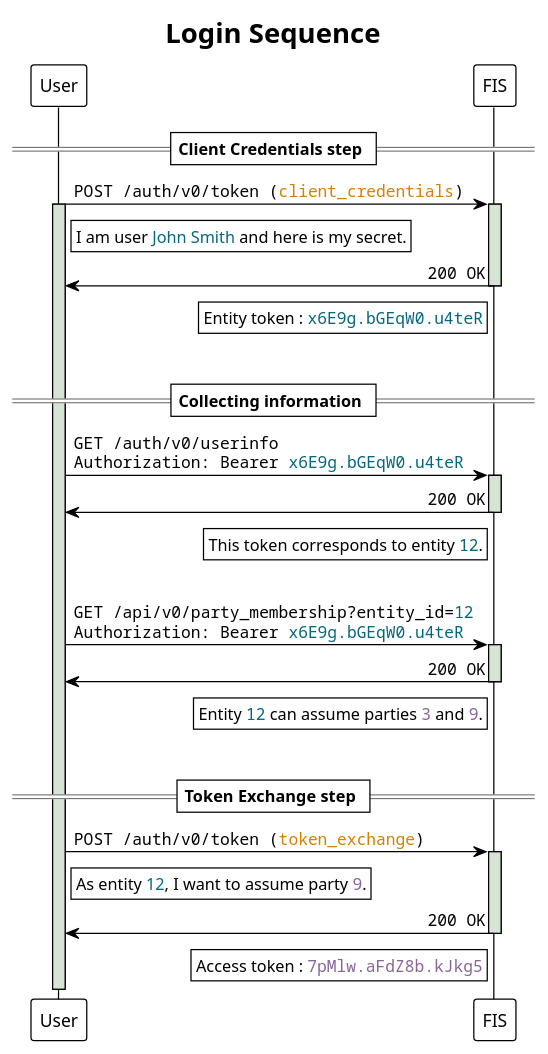
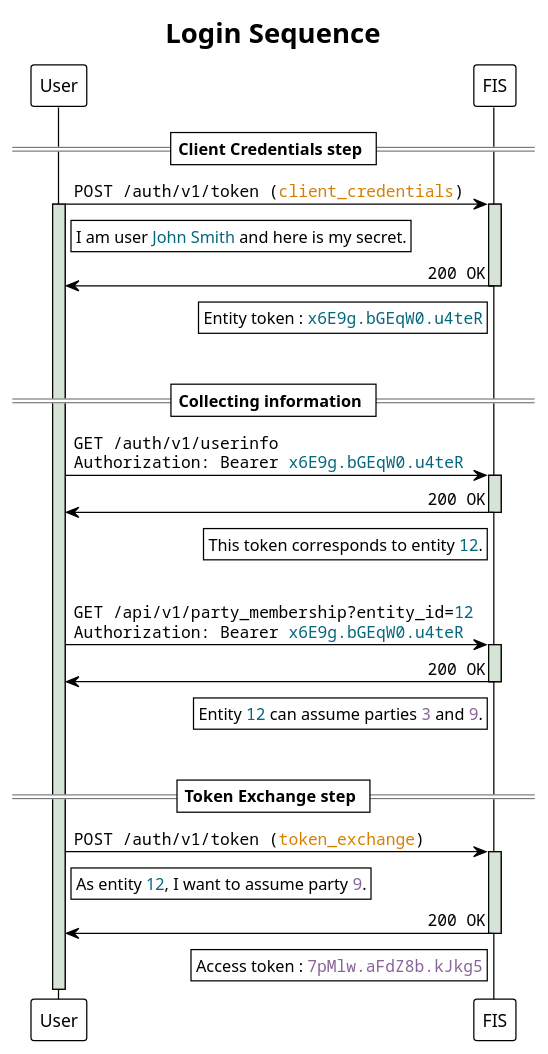
Before and after one commit to elhub/flex-information-system: the diagram in docs/diagrams/login_sequence.plantuml, drawn with PlantUML. The commit also changed 82 other files, not shown here.

```diff
--- a/docs/diagrams/login_sequence.plantuml
+++ b/docs/diagrams/login_sequence.plantuml
@@ -1,72 +1,72 @@
 @startuml login_sequence
 !theme plain
 
 title Login Sequence
 
 skinparam LifelineStrategy solid
 skinparam SequenceMessageAlign direction
 
 participant User as user
 participant "FIS" as fis
 
 == Client Credentials step ==
 
-user -> fis: ""POST /auth/v0/token (<color #d58000>client_credentials</color>)""
+user -> fis: ""POST /auth/v1/token (<color #d58000>client_credentials</color>)""
 activate fis #d6e4d5
 activate user #d6e4d5
 rnote right of user
 I am user <color #05677d>John Smith</color> and here is my secret.
 end note
 
 fis -> user: ""200 OK""
 deactivate fis
 rnote left of fis
   Entity token : ""<color #05677d>x6E9g.bGEqW0.u4teR</color>""
 end note
 
 |||
 
 == Collecting information ==
 
 user -> fis:\
-""GET /auth/v0/userinfo""\n\
+""GET /auth/v1/userinfo""\n\
 ""Authorization: Bearer <color #05677d>x6E9g.bGEqW0.u4teR</color>""
 activate fis #d6e4d5
 
 fis -> user: ""200 OK""
 deactivate fis
 rnote left of fis
   This token corresponds to entity ""<color #05677d>12</color>"".
 end note
 
 |||
 
 user -> fis:\
-""GET /api/v0/party_membership?entity_id=<color #05677d>12</color>""\n\
+""GET /api/v1/party_membership?entity_id=<color #05677d>12</color>""\n\
 ""Authorization: Bearer <color #05677d>x6E9g.bGEqW0.u4teR</color>""
 activate fis #d6e4d5
 
 fis -> user: ""200 OK""
 deactivate fis
 rnote left of fis
   Entity ""<color #05677d>12</color>"" can assume parties ""<color #886599>3</color>"" and ""<color #886599>9</color>"".
 end note
 
 |||
 
 == Token Exchange step ==
 
-user -> fis: ""POST /auth/v0/token (<color #d58000>token_exchange</color>)""
+user -> fis: ""POST /auth/v1/token (<color #d58000>token_exchange</color>)""
 activate fis #d6e4d5
 rnote right of user
 As entity <color #05677d>12</color>, \
 I want to assume party ""<color #886599>9</color>"".
 end note
 
 fis -> user: ""200 OK""
 deactivate fis
 rnote left of fis
   Access token : ""<color #886599>7pMlw.aFdZ8b.kJkg5</color>""
 end note
 
 @enduml
```
